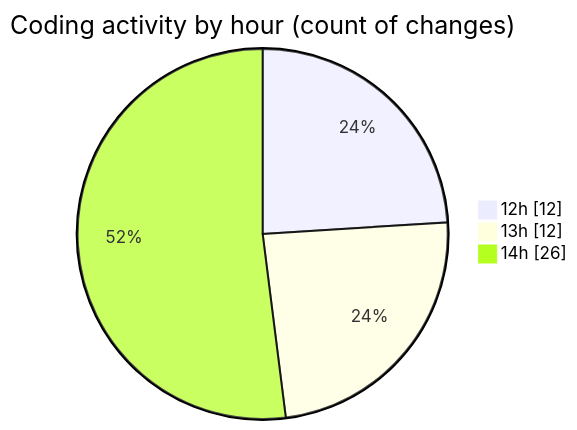
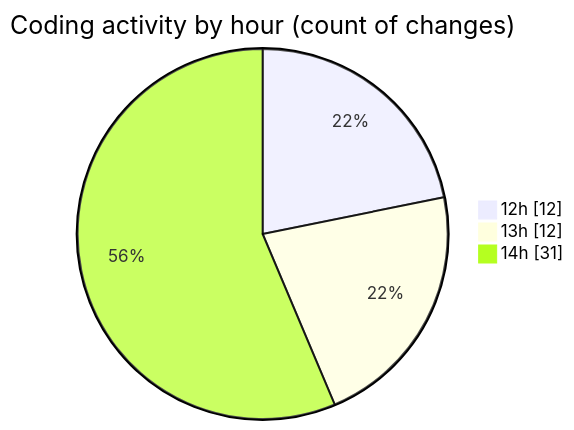
One commit to momahboobian/code-tracking changed the second of 2 diagrams in 2025-09-24/cda/README.md. Above: the diagram before and after it, drawn with Mermaid. The commit also changed other lines of this file and 1 other file, not shown here.

````diff
--- a/2025-09-24/cda/README.md
+++ b/2025-09-24/cda/README.md
@@ -37,7 +37,7 @@
 ```mermaid
 pie showData
 title Coding activity by hour (count of changes)
 "12h" : 12
 "13h" : 12
-"14h" : 26
+"14h" : 31
 ```
````
